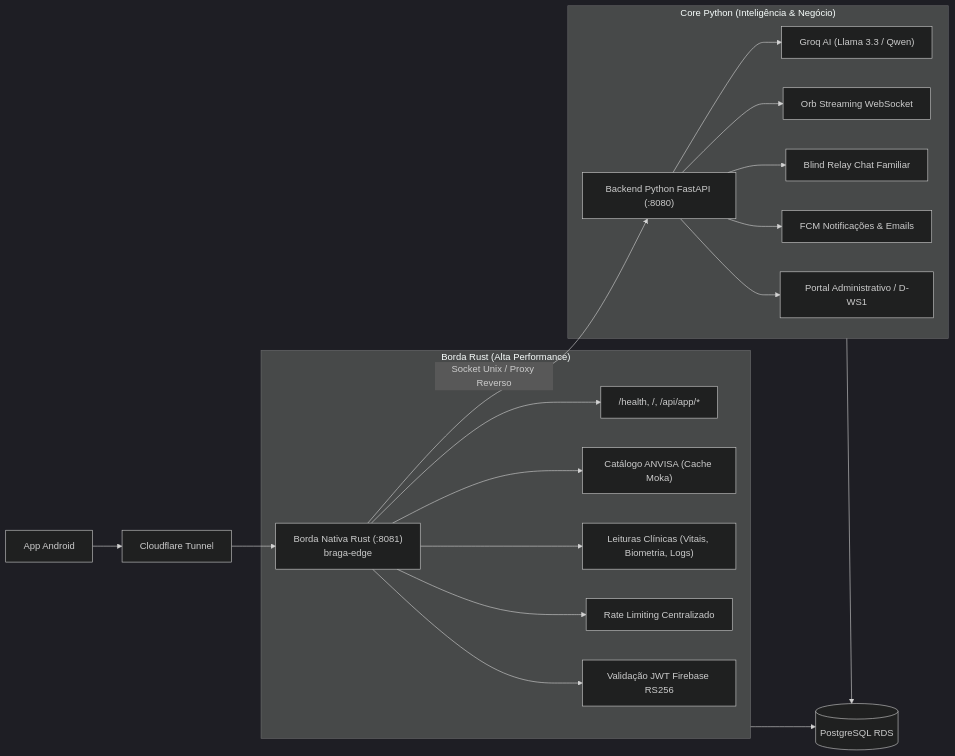
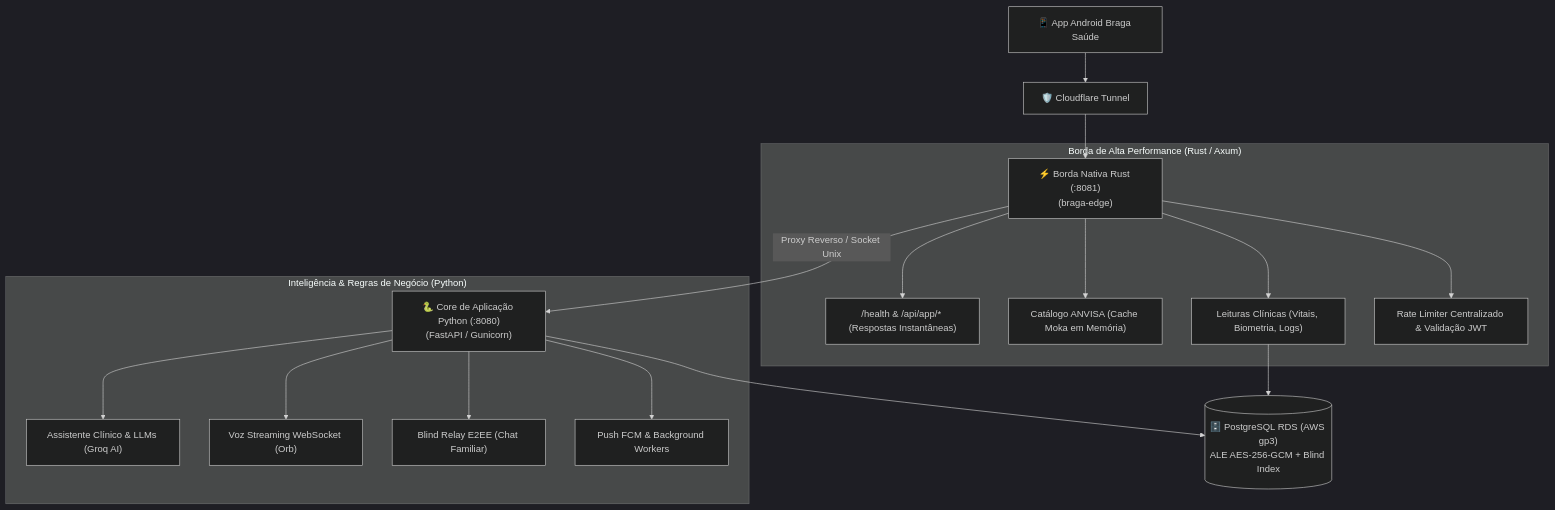
Before and after one commit to Fernandes-Yuri/gateway-api: the diagram in README.md, drawn with Mermaid (dark theme).

Commit message:
docs(readme): ajusta sintaxe do diagrama mermaid para compatibilidade com o github (#114)

````diff
--- a/README.md
+++ b/README.md
@@ -13,26 +13,24 @@
 ```mermaid
-flowchart LR
-    App[App Android] --> CF[Cloudflare Tunnel]
-    CF --> Edge["Borda Nativa Rust (:8081)<br/>braga-edge"]
+flowchart TD
+    App["📱 App Android Braga Saúde"] --> CF["🛡️ Cloudflare Tunnel"]
+    CF --> Edge["⚡ Borda Nativa Rust (:8081)<br/>(braga-edge)"]
     
-    subgraph RustEdge ["Borda Rust (Alta Performance)"]
-        Edge --> RouteHealth["/health, /, /api/app/*"]
-        Edge --> CatalogCache["Catálogo ANVISA (Cache Moka)"]
-        Edge --> ReadRoutes["Leituras Clínicas (Vitais, Biometria, Logs)"]
-        Edge --> Limiter["Rate Limiting Centralizado"]
-        Edge --> JWT["Validação JWT Firebase RS256"]
+    subgraph Borda ["Borda de Alta Performance (Rust / Axum)"]
+        Edge --> B1["/health & /api/app/* (Respostas Instantâneas)"]
+        Edge --> B2["Catálogo ANVISA (Cache Moka em Memória)"]
+        Edge --> B3["Leituras Clínicas (Vitais, Biometria, Logs)"]
+        Edge --> B4["Rate Limiter Centralizado & Validação JWT"]
     end
     
-    Edge -->|Socket Unix / Proxy Reverso| PyBackend["Backend Python FastAPI (:8080)"]
+    Edge -->|Proxy Reverso / Socket Unix| Py["🐍 Core de Aplicação Python (:8080)<br/>(FastAPI / Gunicorn)"]
     
-    subgraph PythonCore ["Core Python (Inteligência & Negócio)"]
-        PyBackend --> LLM["Groq AI (Llama 3.3 / Qwen)"]
-        PyBackend --> Voice["Orb Streaming WebSocket"]
-        PyBackend --> E2EE["Blind Relay Chat Familiar"]
-        PyBackend --> Push["FCM Notificações & Emails"]
-        PyBackend --> Admin["Portal Administrativo / D-WS1"]
+    subgraph Backend ["Inteligência & Regras de Negócio (Python)"]
+        Py --> P1["Assistente Clínico & LLMs (Groq AI)"]
+        Py --> P2["Voz Streaming WebSocket (Orb)"]
+        Py --> P3["Blind Relay E2EE (Chat Familiar)"]
+        Py --> P4["Push FCM & Background Workers"]
     end
-
-    RustEdge --> DB[(PostgreSQL RDS)]
-    PythonCore --> DB
+    
+    B3 --> DB[("🗄️ PostgreSQL RDS (AWS gp3)<br/>ALE AES-256-GCM + Blind Index")]
+    Py --> DB
 ```
````
